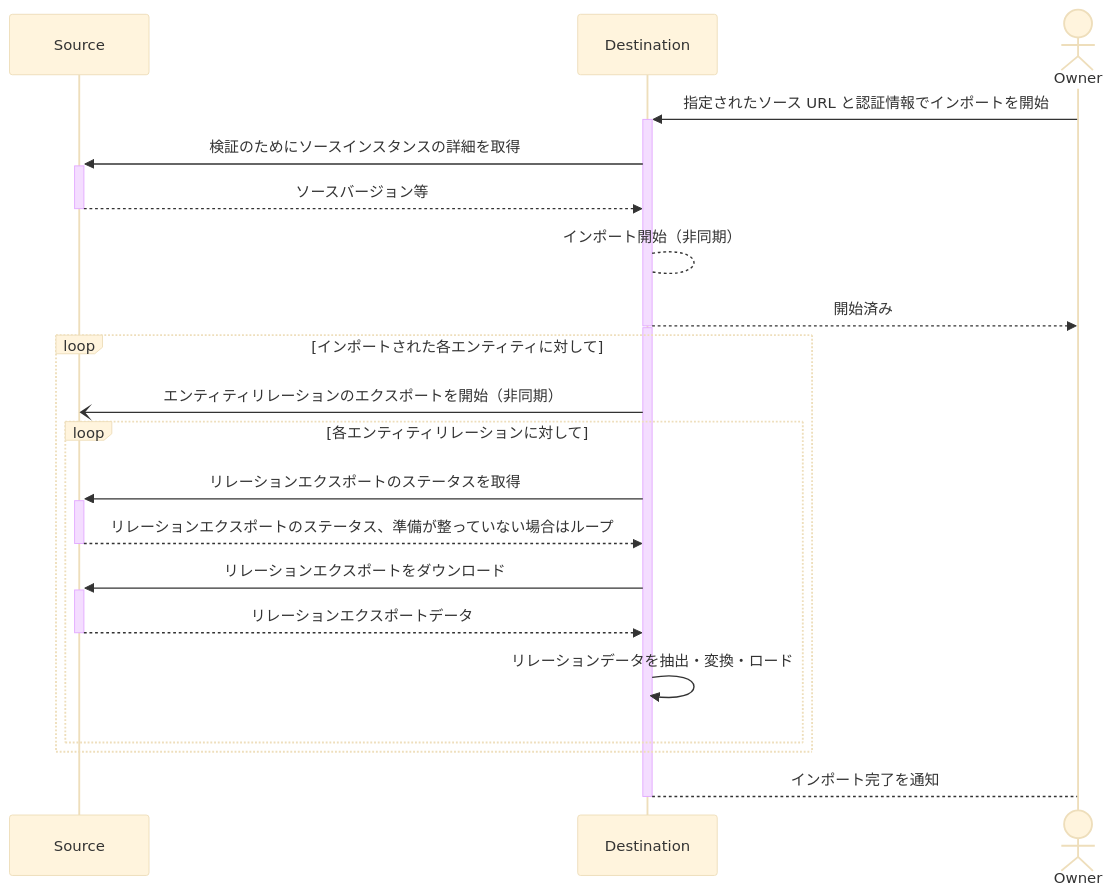
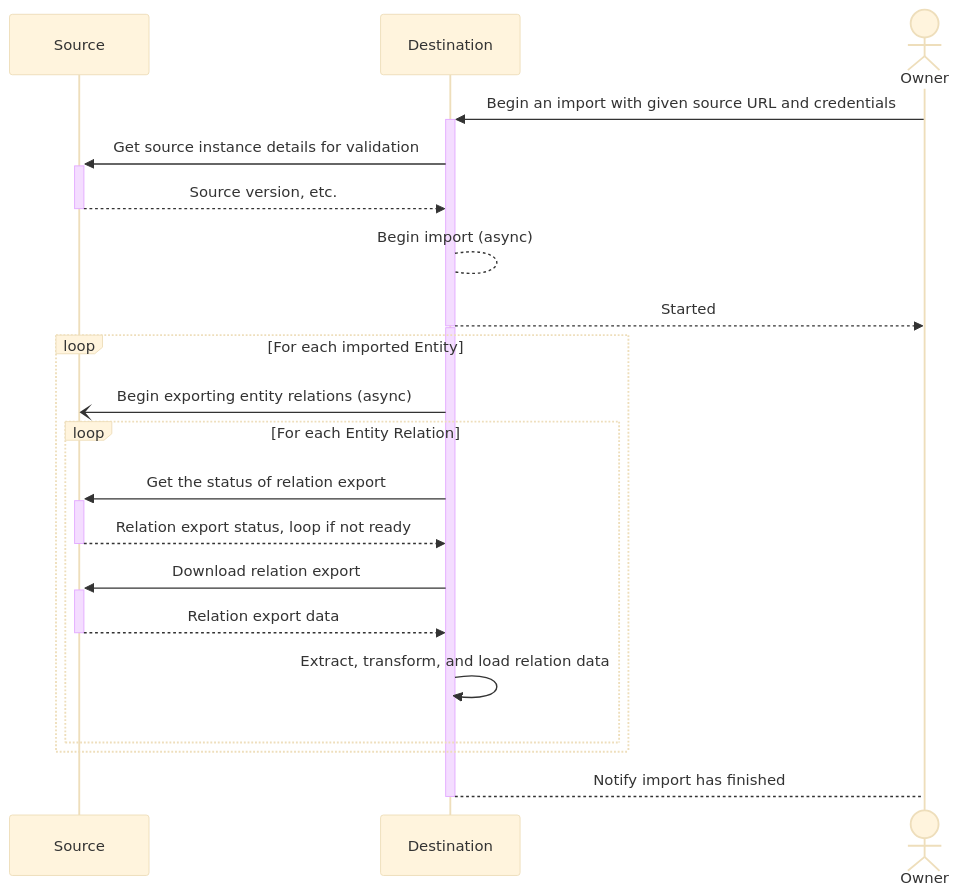
The first of 4 diagrams in content/handbook/engineering/architecture/design-documents/offline_direct_transfer_migrations/_index.md (kyama0/gitlab-handbook-ja), drawn with Mermaid (base theme) before and after one commit. The commit also changed other lines of this file and 10 other files, not shown here.

Commit message:
translation: update 10 modified engineering data-engineering + architecture design-documents files

````diff
--- a/content/handbook/engineering/architecture/design-documents/offline_direct_transfer_migrations/_index.md
+++ b/content/handbook/engineering/architecture/design-documents/offline_direct_transfer_migrations/_index.md
@@ -141,23 +122,23 @@
 ```mermaid
 sequenceDiagram
     participant Source
     participant Destination
     actor Owner
-    Owner->>+Destination: 指定されたソース URL と認証情報でインポートを開始
-    Destination->>+Source: 検証のためにソースインスタンスの詳細を取得
-    Source-->>-Destination: ソースバージョン等
-    Destination-->Destination: インポート開始（非同期）
-    Destination-->>-Owner: 開始済み
+    Owner->>+Destination: Begin an import with given source URL and credentials
+    Destination->>+Source: Get source instance details for validation
+    Source-->>-Destination: Source version, etc.
+    Destination-->Destination: Begin import (async)
+    Destination-->>-Owner: Started
     activate Destination
-    loop インポートされた各エンティティに対して
-        Destination-)Source: エンティティリレーションのエクスポートを開始（非同期）
-        loop 各エンティティリレーションに対して
-          Destination->>+Source: リレーションエクスポートのステータスを取得
-          Source-->>-Destination: リレーションエクスポートのステータス、準備が整っていない場合はループ
-          Destination->>+Source: リレーションエクスポートをダウンロード
-          Source-->>-Destination: リレーションエクスポートデータ
-          Destination->>Destination: リレーションデータを抽出・変換・ロード
+    loop For each imported Entity
+        Destination-)Source: Begin exporting entity relations (async)
+        loop For each Entity Relation
+          Destination->>+Source: Get the status of relation export
+          Source-->>-Destination: Relation export status, loop if not ready
+          Destination->>+Source: Download relation export
+          Source-->>-Destination: Relation export data
+          Destination->>Destination: Extract, transform, and load relation data
       end
     end
-    Destination-->-Owner: インポート完了を通知
+    Destination-->-Owner: Notify import has finished
 ```
````
